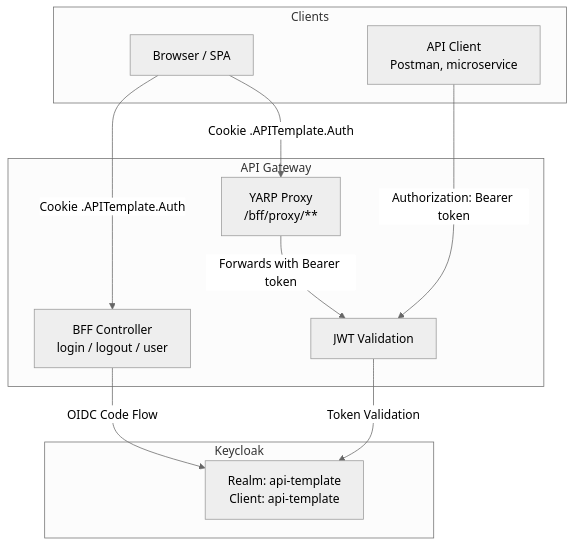
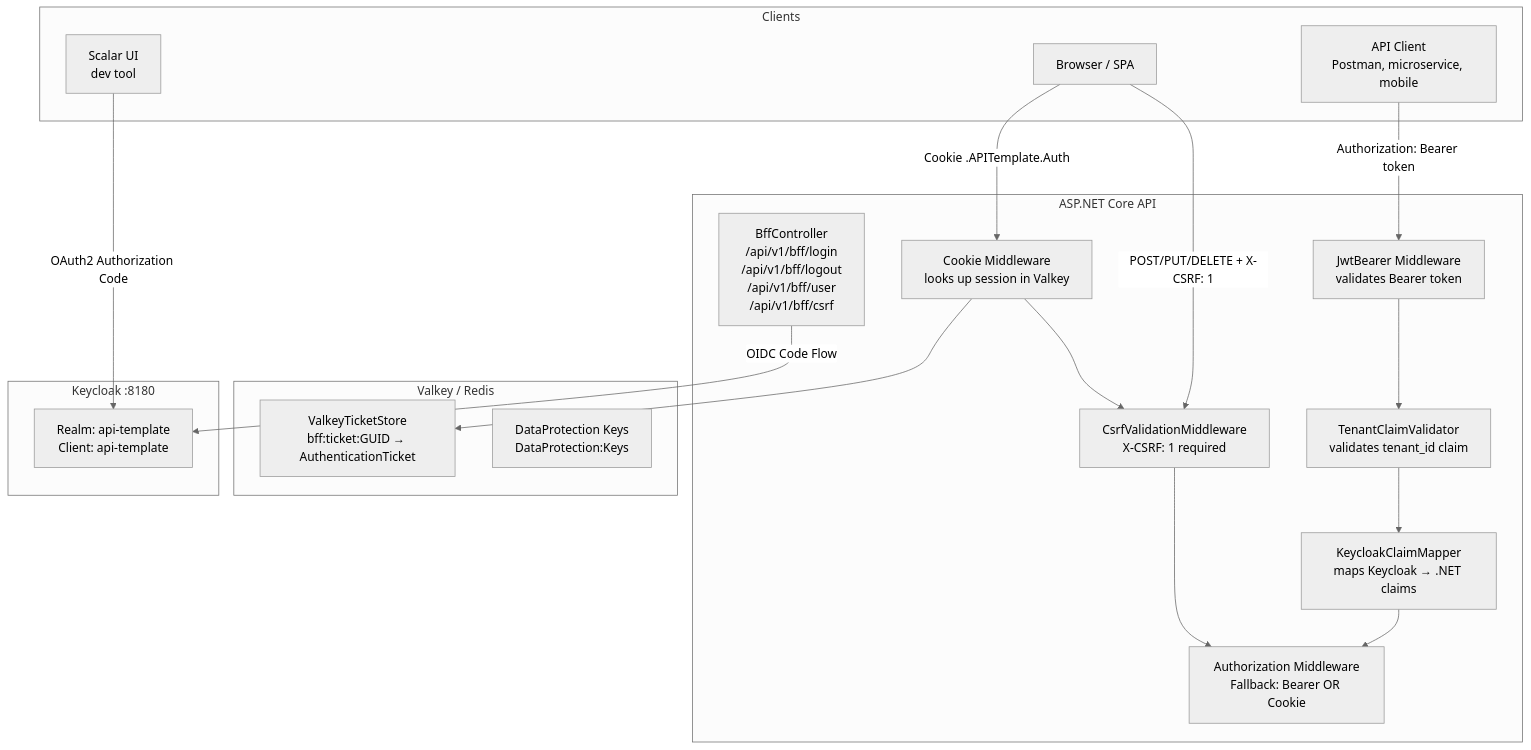
Before and after one commit to zribktad/API-Template: the first of 8 diagrams in docs/AUTHENTICATION.md, drawn with Mermaid (neutral theme). The commit also changed other lines of this file and 7 other files, not shown here.

````diff
--- a/docs/AUTHENTICATION.md
+++ b/docs/AUTHENTICATION.md
@@ -13,24 +14,36 @@
 ```mermaid
 graph TB
     subgraph Clients
         SPA[Browser / SPA]
-        API_CLIENT[API Client<br/>Postman, microservice]
+        API_CLIENT[API Client<br/>Postman, microservice, mobile]
+        SCALAR[Scalar UI<br/>dev tool]
     end
 
-    subgraph API_GATEWAY[API Gateway]
-        BFF[BFF Controller<br/>login / logout / user]
-        YARP[YARP Proxy<br/>/bff/proxy/**]
-        JWT_VAL[JWT Validation]
+    subgraph APP[ASP.NET Core API]
+        BFF[BffController<br/>/api/v1/bff/login<br/>/api/v1/bff/logout<br/>/api/v1/bff/user<br/>/api/v1/bff/csrf]
+        JWT_VAL[JwtBearer Middleware<br/>validates Bearer token]
+        COOKIE_VAL[Cookie Middleware<br/>looks up session in Valkey]
+        CSRF[CsrfValidationMiddleware<br/>X-CSRF: 1 required]
+        TENANT[TenantClaimValidator<br/>validates tenant_id claim]
+        CLAIM[KeycloakClaimMapper<br/>maps Keycloak → .NET claims]
+        AUTHZ[Authorization Middleware<br/>Fallback: Bearer OR Cookie]
     end
 
-    subgraph KEYCLOAK[Keycloak]
+    subgraph SESSION[Valkey / Redis]
+        STORE[ValkeyTicketStore<br/>bff:ticket:GUID → AuthenticationTicket]
+        DP[DataProtection Keys<br/>DataProtection:Keys]
+    end
+
+    subgraph KEYCLOAK[Keycloak :8180]
         REALM[Realm: api-template<br/>Client: api-template]
     end
 
-    SPA -->|Cookie .APITemplate.Auth| BFF
-    SPA -->|Cookie .APITemplate.Auth| YARP
+    SPA -->|Cookie .APITemplate.Auth| COOKIE_VAL
+    SPA -->|POST/PUT/DELETE + X-CSRF: 1| CSRF
     API_CLIENT -->|Authorization: Bearer token| JWT_VAL
+    SCALAR -->|OAuth2 Authorization Code| REALM
     BFF -->|OIDC Code Flow| REALM
-    JWT_VAL -->|Token Validation| REALM
-    YARP -->|Forwards with Bearer token| JWT_VAL
+    JWT_VAL --> TENANT --> CLAIM --> AUTHZ
+    COOKIE_VAL --> STORE
+    COOKIE_VAL --> CSRF --> AUTHZ
 ```
````
